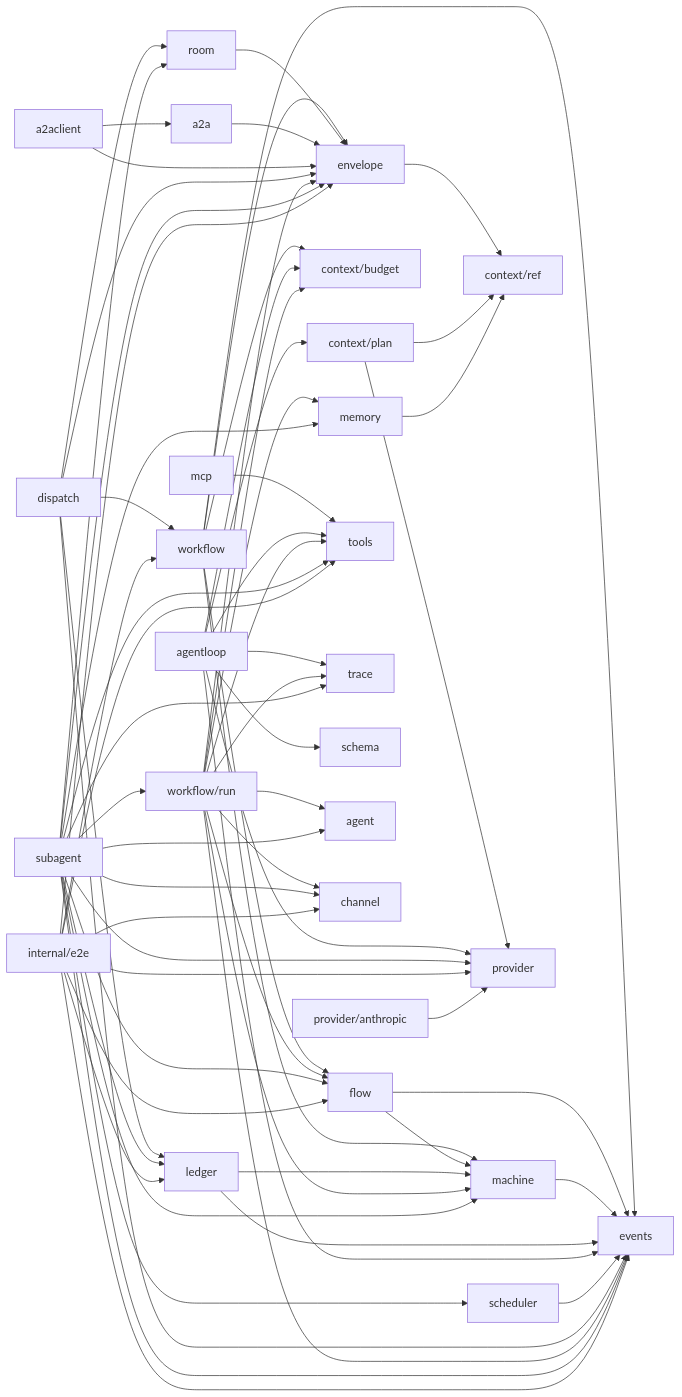
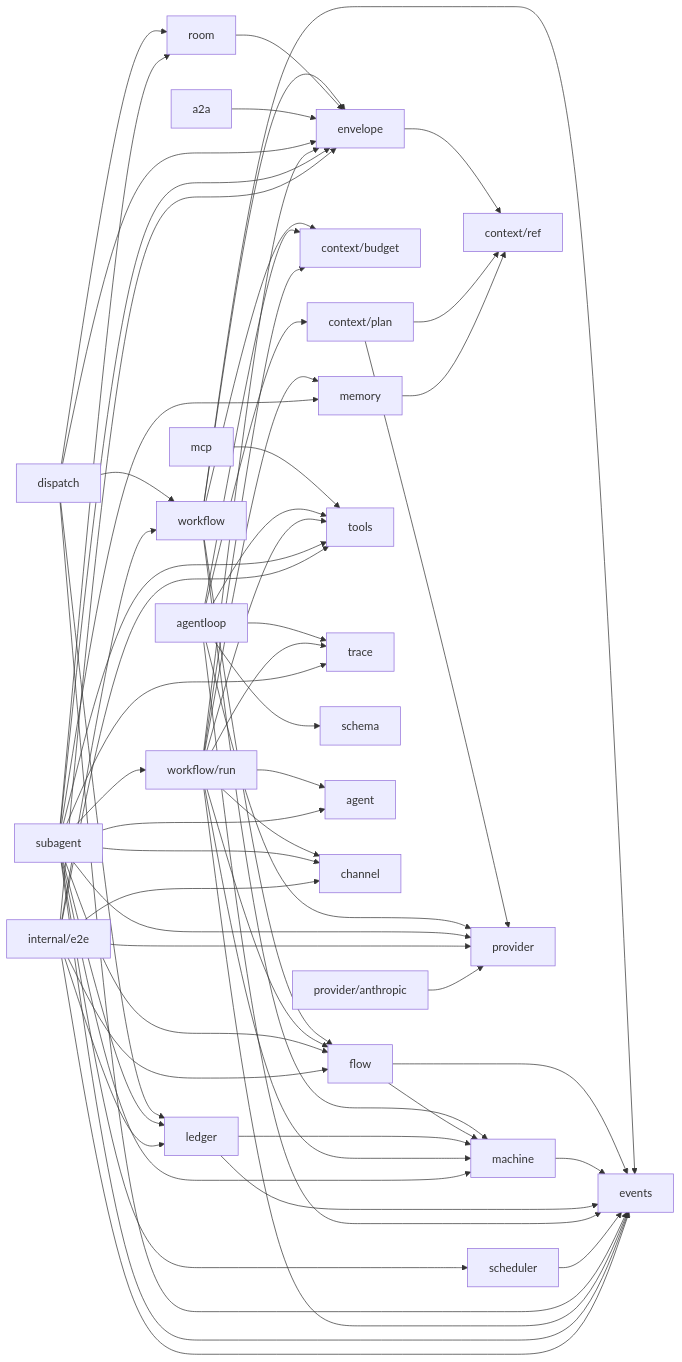
One commit to MiviaLabs/mivia-ai-sdk changed the first of 2 diagrams in docs/architecture.md. Above: the diagram before and after it, drawn with Mermaid. The commit also changed other lines of this file and 72 other files, not shown here.

````diff
--- a/docs/architecture.md
+++ b/docs/architecture.md
@@ -36,75 +36,73 @@
 ```mermaid
 flowchart LR
     workflow --> flow
     workflow --> envelope
     workflow --> events
     workflow --> machine
     workflow --> context/budget
     envelope --> context/ref
     context/plan --> context/ref
     context/plan --> provider
     flow --> events
     flow --> machine
     machine --> events
     ledger --> machine
     ledger --> events
     memory --> context/ref
     room --> envelope
     a2a --> envelope
-    a2aclient --> a2a
-    a2aclient --> envelope
     mcp --> tools
     agentloop --> provider
     agentloop --> tools
     agentloop --> trace
     agentloop --> events
     agentloop --> context/budget
     agentloop --> schema
     agentloop --> context/plan
     scheduler --> events
     dispatch --> workflow
     dispatch --> envelope
     dispatch --> events
     dispatch --> ledger
     dispatch --> room
     workflow/run --> agent
     workflow/run --> channel
     workflow/run --> context/budget
     workflow/run --> envelope
     workflow/run --> events
     workflow/run --> flow
     workflow/run --> machine
     workflow/run --> memory
     workflow/run --> tools
     workflow/run --> trace
     subagent --> agent
     subagent --> workflow/run
     subagent --> channel
     subagent --> envelope
     subagent --> events
     subagent --> flow
     subagent --> ledger
     subagent --> machine
     subagent --> memory
     subagent --> provider
     subagent --> room
     subagent --> scheduler
     subagent --> tools
     subagent --> trace
     internal_e2e["internal/e2e"] --> workflow
     internal_e2e["internal/e2e"] --> channel
     internal_e2e["internal/e2e"] --> envelope
     internal_e2e["internal/e2e"] --> events
     internal_e2e["internal/e2e"] --> flow
     internal_e2e["internal/e2e"] --> ledger
     internal_e2e["internal/e2e"] --> provider
     internal_e2e["internal/e2e"] --> tools
     anthropic["provider/anthropic"] --> provider
     context/budget[context/budget]
     schema[schema]
     envelope[envelope]
     events[events]
     provider[provider]
     tools[tools]
     context/ref[context/ref]
 ```
````
